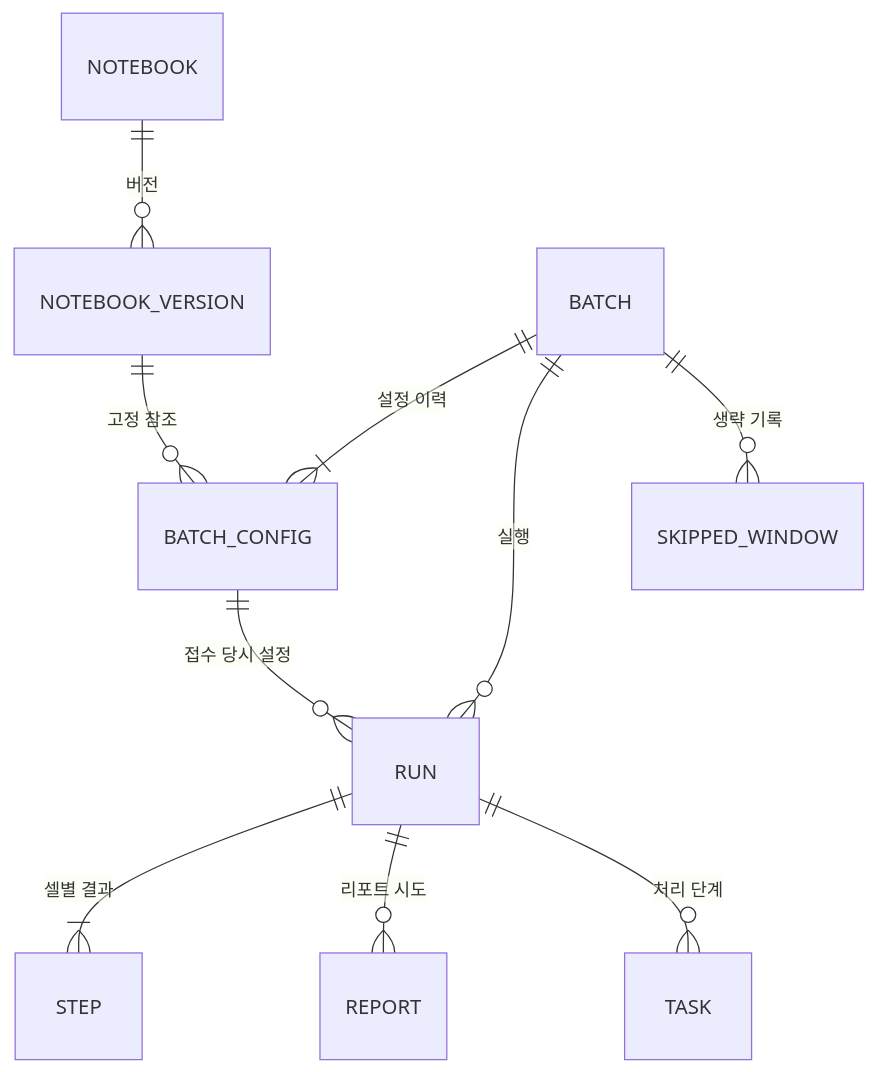
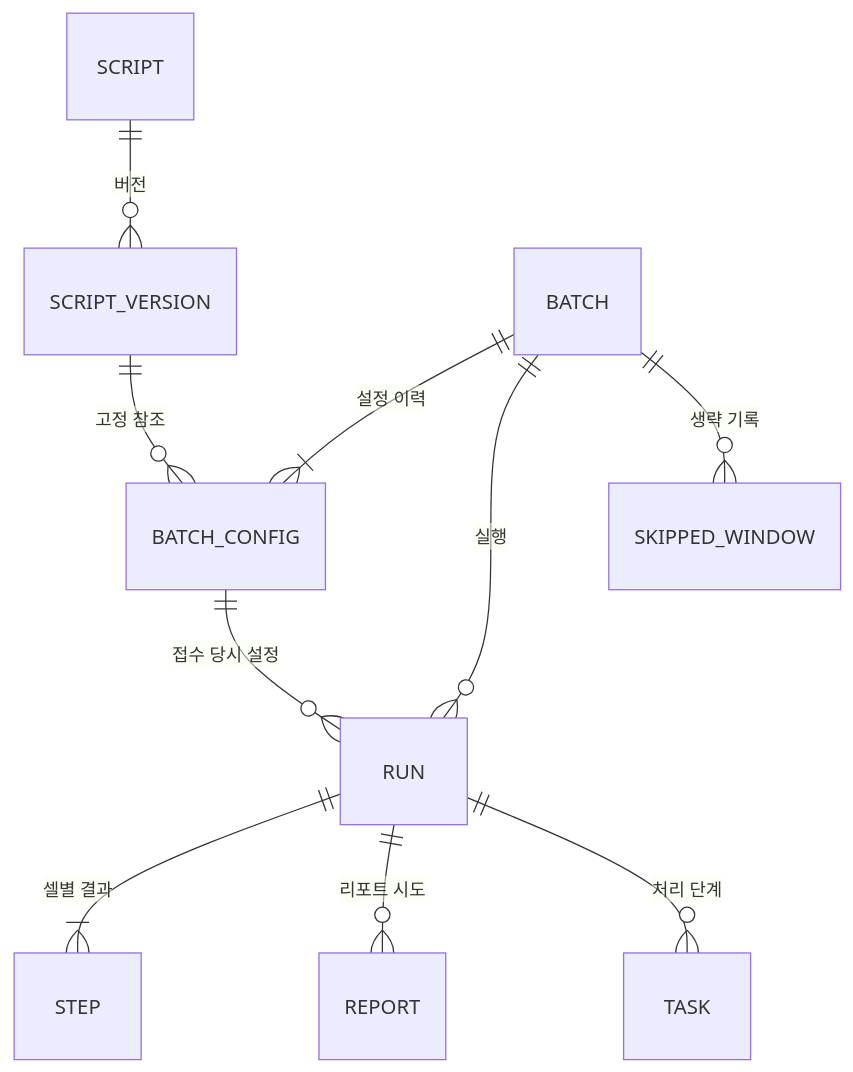
One commit to KimHwaJin/pr-batch changed the diagram in docs/domain-model.md. Above: the diagram before and after it, drawn with Mermaid. The commit also changed other lines of this file and 33 other files, not shown here.

````diff
--- a/docs/domain-model.md
+++ b/docs/domain-model.md
@@ -25,12 +25,12 @@
 ```mermaid
 erDiagram
-    NOTEBOOK ||--o{ NOTEBOOK_VERSION : "버전"
-    NOTEBOOK_VERSION ||--o{ BATCH_CONFIG : "고정 참조"
+    SCRIPT ||--o{ SCRIPT_VERSION : "버전"
+    SCRIPT_VERSION ||--o{ BATCH_CONFIG : "고정 참조"
     BATCH ||--|{ BATCH_CONFIG : "설정 이력"
     BATCH ||--o{ RUN : "실행"
     BATCH ||--o{ SKIPPED_WINDOW : "생략 기록"
     BATCH_CONFIG ||--o{ RUN : "접수 당시 설정"
     RUN ||--|{ STEP : "셀별 결과"
     RUN ||--o{ REPORT : "리포트 시도"
     RUN ||--o{ TASK : "처리 단계"
 ```
````
